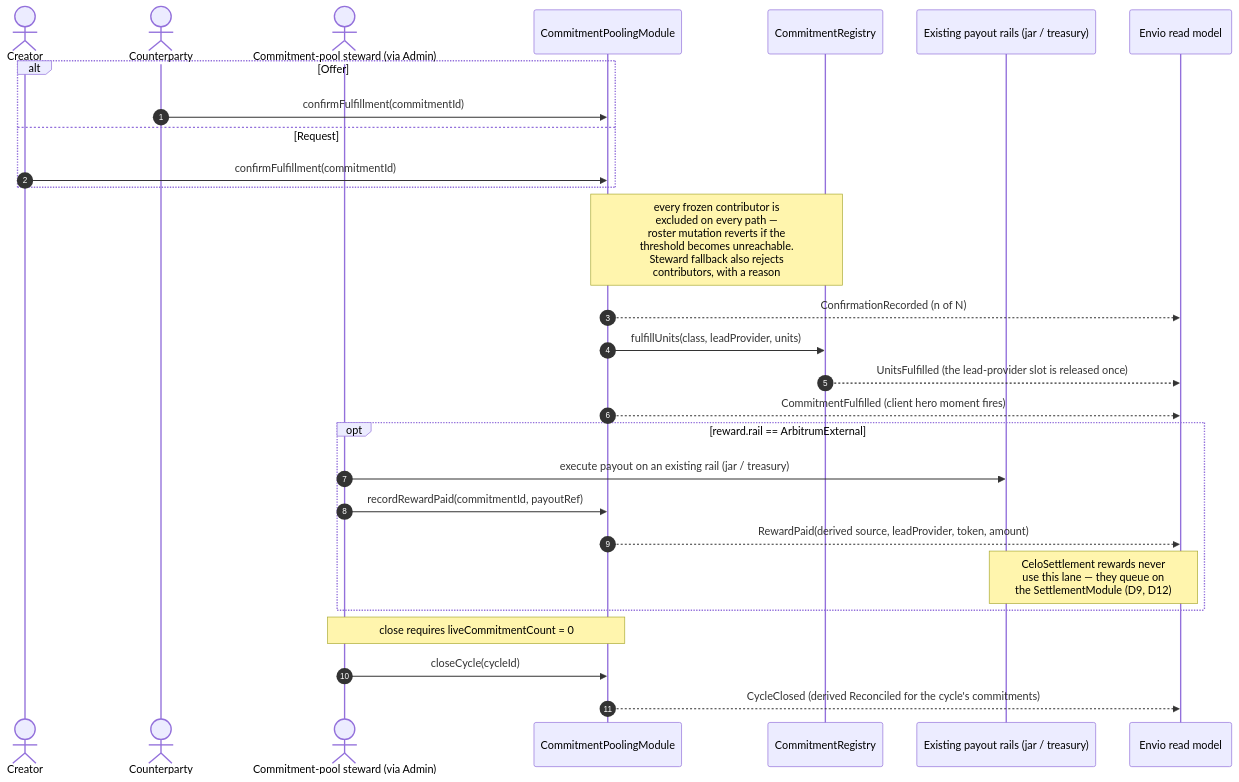
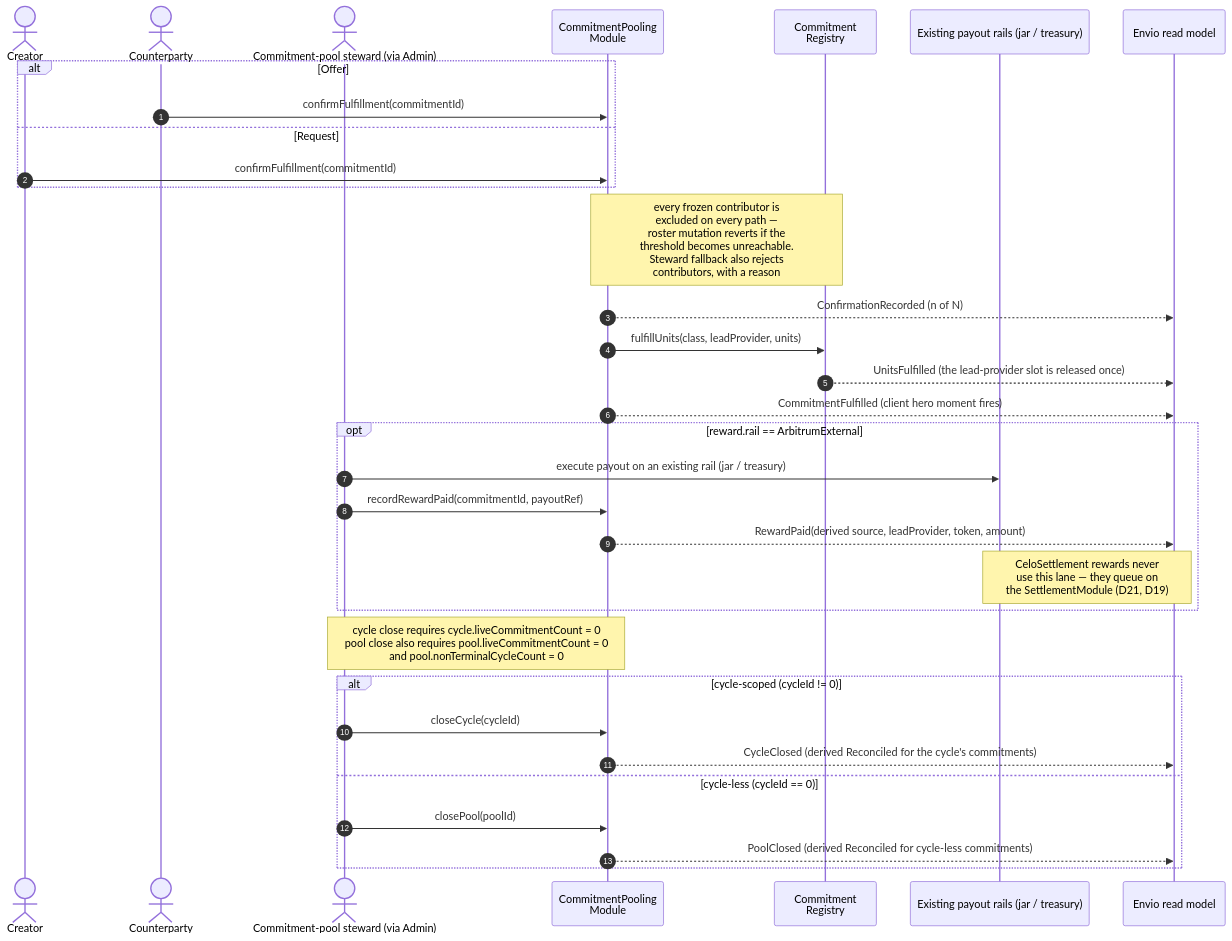
Before and after one commit to greenpill-dev-guild/green-goods: the eighth of 40 diagrams in .plans/active/commitment-pooling/diagrams.md, drawn with Mermaid. The commit also changed other lines of this file and 88 other files, not shown here.

First line of the commit message:
docs(commitment-pooling): revamp architecture and planning artifacts (#689)

````diff
--- a/.plans/active/commitment-pooling/diagrams.md
+++ b/.plans/active/commitment-pooling/diagrams.md
@@ -385,31 +557,36 @@
 ```mermaid
 sequenceDiagram
   autonumber
   actor A as Creator
   actor B as Counterparty
   actor OP as Commitment-pool steward (via Admin)
-  participant M as CommitmentPoolingModule
-  participant R as CommitmentRegistry
+  participant M as CommitmentPooling<br/>Module
+  participant R as Commitment<br/>Registry
   participant RAILS as Existing payout rails (jar / treasury)
   participant IDX as Envio read model
 
   alt Offer
     B->>M: confirmFulfillment(commitmentId)
   else Request
     A->>M: confirmFulfillment(commitmentId)
   end
   Note over M,R: every frozen contributor is<br/>excluded on every path —<br/>roster mutation reverts if the<br/>threshold becomes unreachable.<br/>Steward fallback also rejects<br/>contributors, with a reason
   M-->>IDX: ConfirmationRecorded (n of N)
   M->>R: fulfillUnits(class, leadProvider, units)
   R-->>IDX: UnitsFulfilled (the lead-provider slot is released once)
   M-->>IDX: CommitmentFulfilled (client hero moment fires)
   opt reward.rail == ArbitrumExternal
     OP->>RAILS: execute payout on an existing rail (jar / treasury)
     OP->>M: recordRewardPaid(commitmentId, payoutRef)
     M-->>IDX: RewardPaid(derived source, leadProvider, token, amount)
-    Note over RAILS,IDX: CeloSettlement rewards never<br/>use this lane — they queue on<br/>the SettlementModule (D9, D12)
+    Note over RAILS,IDX: CeloSettlement rewards never<br/>use this lane — they queue on<br/>the SettlementModule (D21, D19)
   end
-  Note over OP,M: close requires liveCommitmentCount = 0
-  OP->>M: closeCycle(cycleId)
-  M-->>IDX: CycleClosed (derived Reconciled for the cycle's commitments)
+  Note over OP,M: cycle close requires cycle.liveCommitmentCount = 0<br/>pool close also requires pool.liveCommitmentCount = 0<br/>and pool.nonTerminalCycleCount = 0
+  alt cycle-scoped (cycleId != 0)
+    OP->>M: closeCycle(cycleId)
+    M-->>IDX: CycleClosed (derived Reconciled for the cycle's commitments)
+  else cycle-less (cycleId == 0)
+    OP->>M: closePool(poolId)
+    M-->>IDX: PoolClosed (derived Reconciled for cycle-less commitments)
+  end
 ```
````
